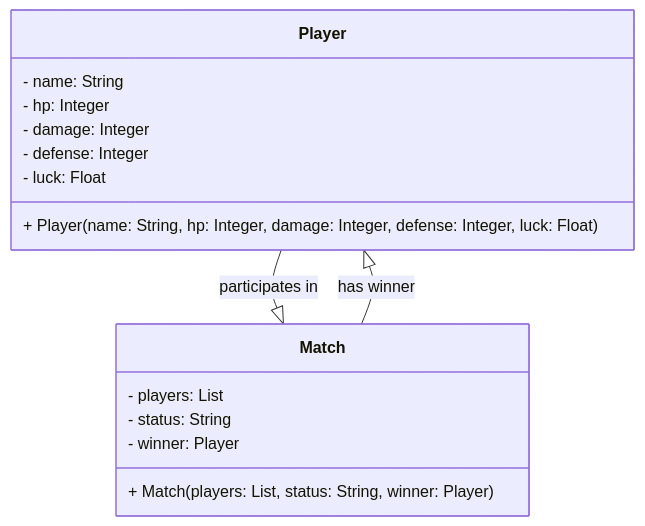
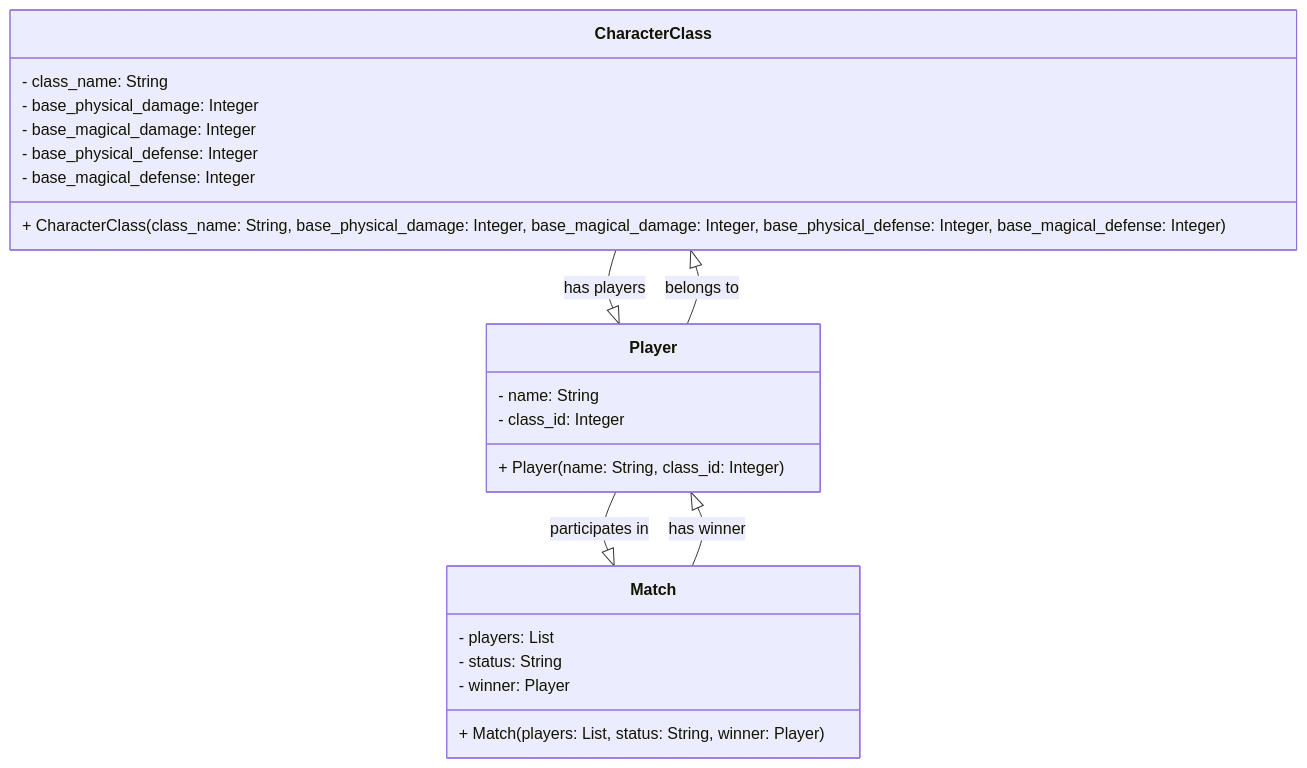
One commit to wsbittencourt/java-lab-dio-santander changed the diagram in README.md. Above: the diagram before and after it, drawn with Mermaid.

````diff
--- a/README.md
+++ b/README.md
@@ -7,21 +7,29 @@
 ```mermaid
 classDiagram
+  class CharacterClass {
+    - class_name: String
+    - base_physical_damage: Integer
+    - base_magical_damage: Integer
+    - base_physical_defense: Integer
+    - base_magical_defense: Integer
+    + CharacterClass(class_name: String, base_physical_damage: Integer, base_magical_damage: Integer, base_physical_defense: Integer, base_magical_defense: Integer)
+  }
+
   class Player {
     - name: String
-    - hp: Integer
-    - damage: Integer
-    - defense: Integer
-    - luck: Float
-    + Player(name: String, hp: Integer, damage: Integer, defense: Integer, luck: Float)
+    - class_id: Integer
+    + Player(name: String, class_id: Integer)
   }
 
   class Match {
     - players: List<Player>
     - status: String
     - winner: Player
     + Match(players: List<Player>, status: String, winner: Player)
   }
 
   Player --|> Match : participates in
   Match --|> Player : has winner
+  Player --|> CharacterClass : belongs to
+  CharacterClass --|> Player : has players
 ```
````
